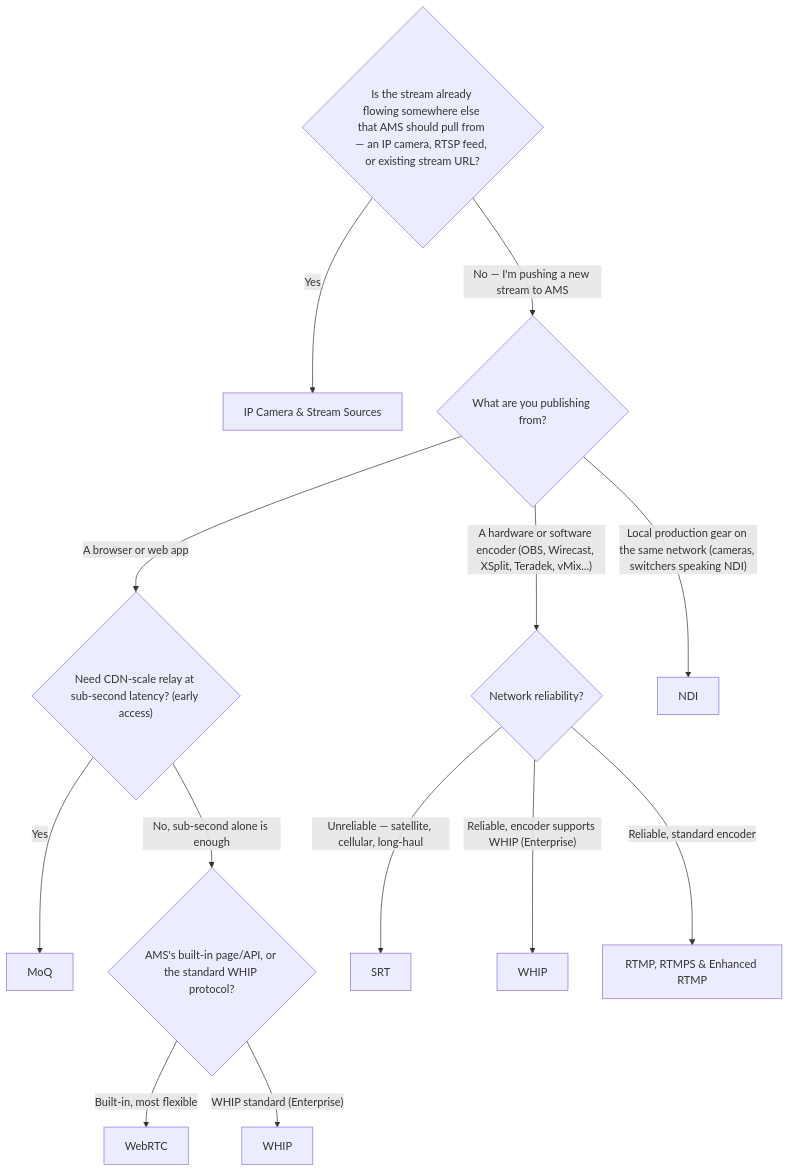
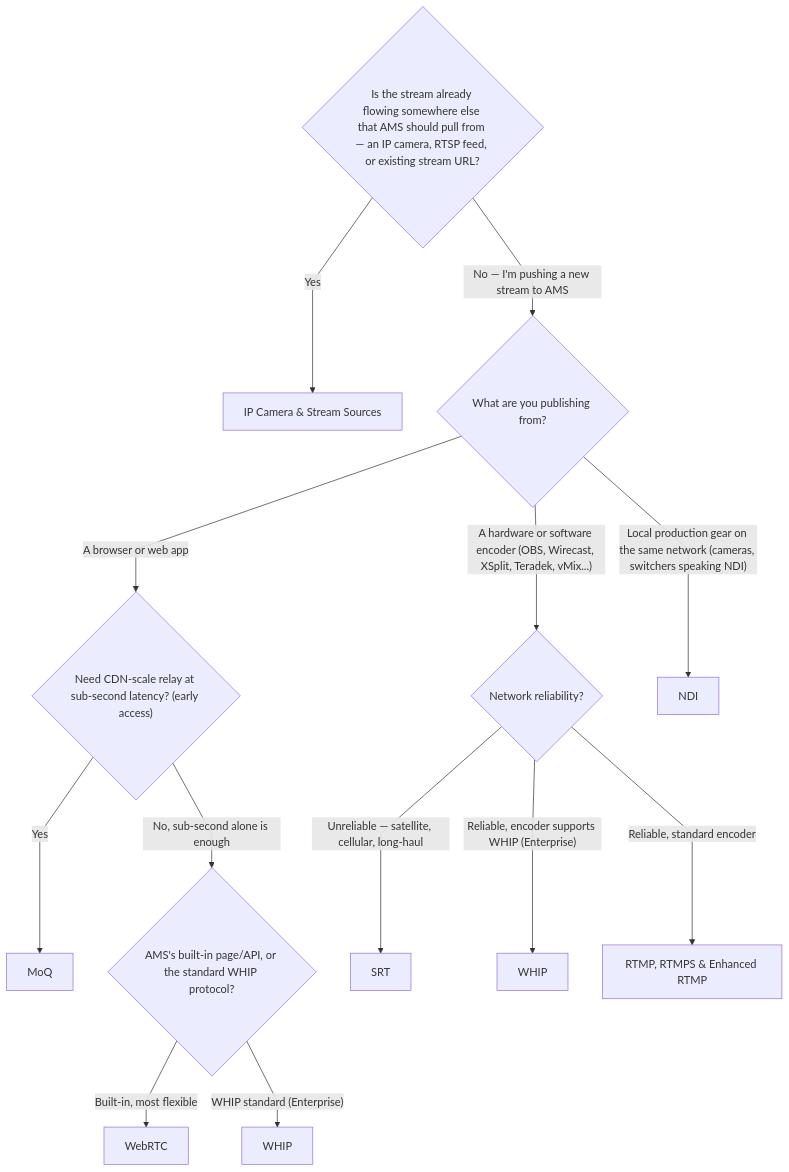
Before and after one commit to ant-media/ant-media-documentation: the diagram in docs/guides/publish-live-stream/which-protocol-should-i-use.md, drawn with Mermaid. The commit also changed 7 other files, not shown here.

First line of the commit message:
NDI: drop the file-edit option, keep panel-only; flowchart readability pass

````diff
--- a/docs/guides/publish-live-stream/which-protocol-should-i-use.md
+++ b/docs/guides/publish-live-stream/which-protocol-should-i-use.md
@@ -12,16 +12,17 @@
 ```mermaid
+%%{init: {'flowchart': {'curve': 'linear'}}}%%
 flowchart TD
     A{"Is the stream already flowing somewhere else that AMS should pull from — an IP camera, RTSP feed, or existing stream URL?"}
     A -->|Yes| PULL["IP Camera & Stream Sources"]
     A -->|"No — I'm pushing a new stream to AMS"| B{"What are you publishing from?"}
     B -->|"A browser or web app"| C{"Need CDN-scale relay at sub-second latency? (early access)"}
     C -->|Yes| MOQ["MoQ"]
     C -->|"No, sub-second alone is enough"| D{"AMS's built-in page/API, or the standard WHIP protocol?"}
     D -->|"Built-in, most flexible"| WEBRTC["WebRTC"]
     D -->|"WHIP standard (Enterprise)"| WHIPA["WHIP"]
     B -->|"A hardware or software encoder (OBS, Wirecast, XSplit, Teradek, vMix...)"| E{"Network reliability?"}
     E -->|"Unreliable — satellite, cellular, long-haul"| SRTN["SRT"]
     E -->|"Reliable, encoder supports WHIP (Enterprise)"| WHIPB["WHIP"]
     E -->|"Reliable, standard encoder"| RTMPN["RTMP, RTMPS & Enhanced RTMP"]
     B -->|"Local production gear on the same network (cameras, switchers speaking NDI)"| NDIN["NDI"]
 ```
````
